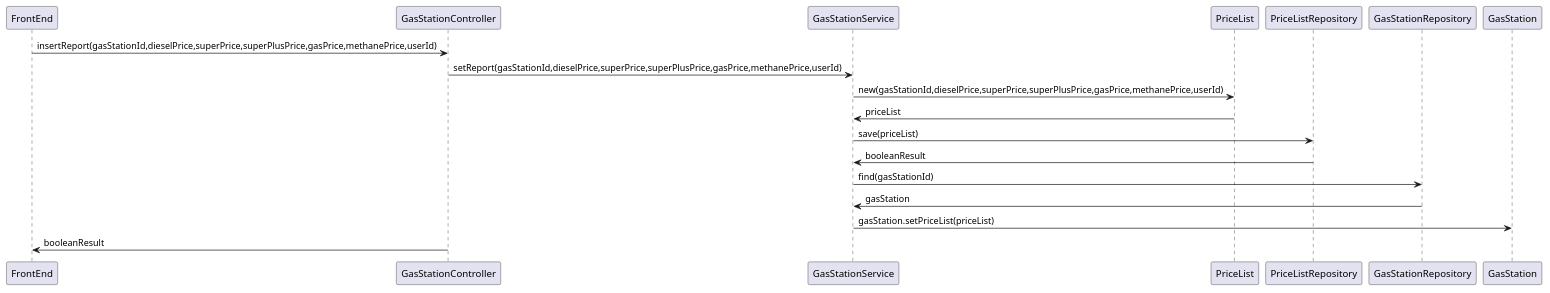
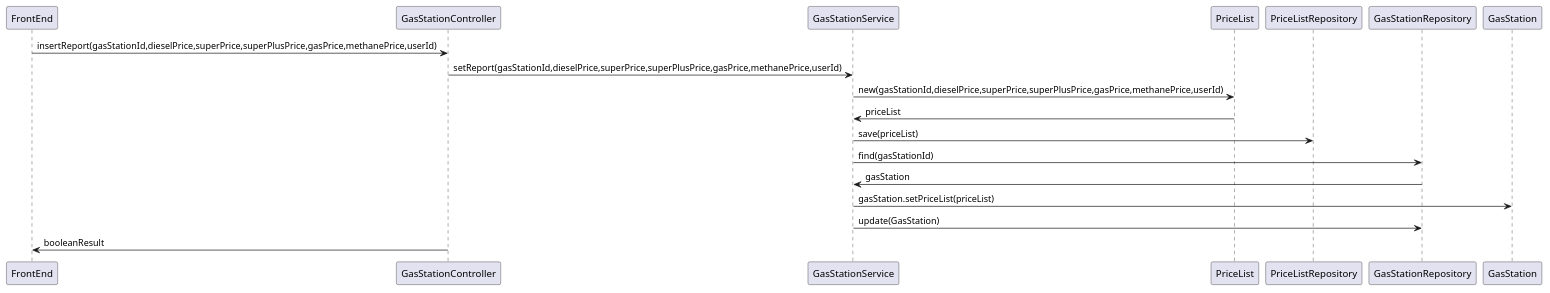
One commit to CangaRouter/ExGas changed diagram 11 of 13 in docs/DesignDocument.md. Above: the diagram before and after it, drawn with PlantUML. The commit also changed other lines of this file, not shown here.

Commit message:
Fix: minor modification to sequence diagrams

````diff
--- a/docs/DesignDocument.md
+++ b/docs/DesignDocument.md
@@ -663,14 +656,14 @@
 ```plantuml
 @startuml
     FrontEnd -> GasStationController : insertReport(gasStationId,dieselPrice,superPrice,superPlusPrice,gasPrice,methanePrice,userId)
     GasStationController -> GasStationService: setReport(gasStationId,dieselPrice,superPrice,superPlusPrice,gasPrice,methanePrice,userId)
     GasStationService -> PriceList: new(gasStationId,dieselPrice,superPrice,superPlusPrice,gasPrice,methanePrice,userId)
     PriceList -> GasStationService :priceList
     GasStationService -> PriceListRepository: save(priceList)
-    PriceListRepository -> GasStationService: booleanResult
     GasStationService -> GasStationRepository: find(gasStationId)
     GasStationRepository -> GasStationService: gasStation
     GasStationService -> GasStation: gasStation.setPriceList(priceList)
+    GasStationService -> GasStationRepository: update(GasStation)
     GasStationController -> FrontEnd: booleanResult
 @enduml
 ```
````
